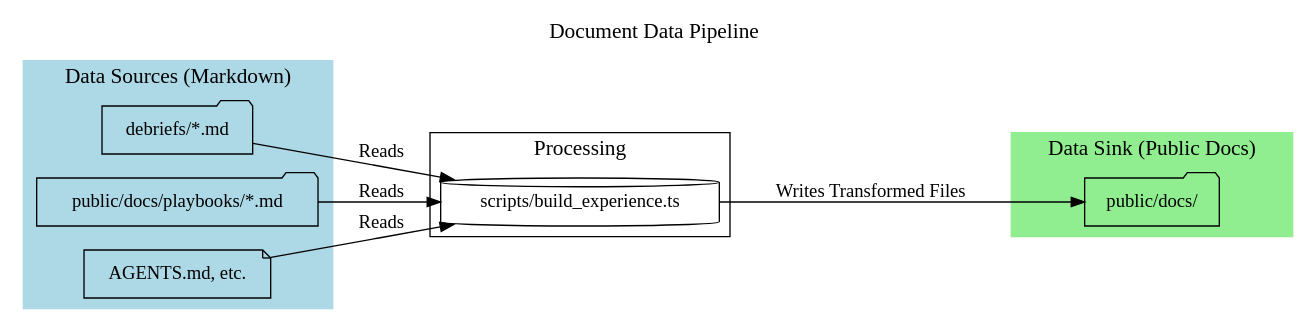
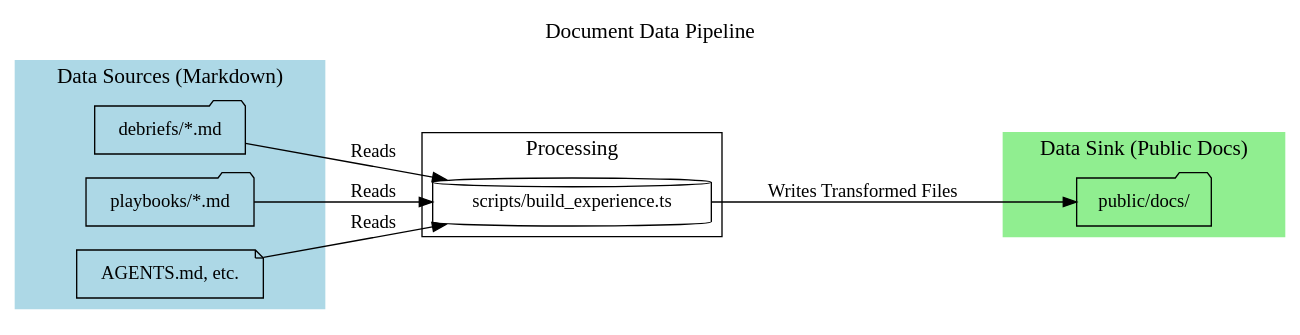
The second of 2 diagrams in public/docs/system/data-pipeline.md (pjsvis/polyvis), drawn with Graphviz before and after one commit. The commit also changed other lines of this file and 50 other files, not shown here.

````diff
--- a/public/docs/system/data-pipeline.md
+++ b/public/docs/system/data-pipeline.md
@@ -81,34 +81,34 @@
 ```dot
 digraph DocumentDataPipeline {
   rankdir=LR;
   graph [label="Document Data Pipeline", labelloc=t, fontsize=16];
   node [shape=box, style=rounded];
 
   subgraph cluster_sources {
     label = "Data Sources (Markdown)";
     style = "filled";
     color = "lightblue";
     
     debriefs [label="debriefs/*.md", shape=folder];
-    playbooks [label="public/docs/playbooks/*.md", shape=folder];
+    playbooks [label="playbooks/*.md", shape=folder];
     root_docs [label="AGENTS.md, etc.", shape=note];
   }
 
   subgraph cluster_processing {
     label = "Processing";
     build_script [label="scripts/build_experience.ts", shape=cylinder, fillcolor=orange];
   }
 
   subgraph cluster_artifacts {
     label = "Data Sink (Public Docs)";
     style="filled";
     color="lightgreen";
 
     public_docs [label="public/docs/", shape=folder];
   }
 
   // Define the flow
   {debriefs, playbooks, root_docs} -> build_script [label=" Reads "];
   build_script -> public_docs [label=" Writes Transformed Files "];
 }
 ```
````
